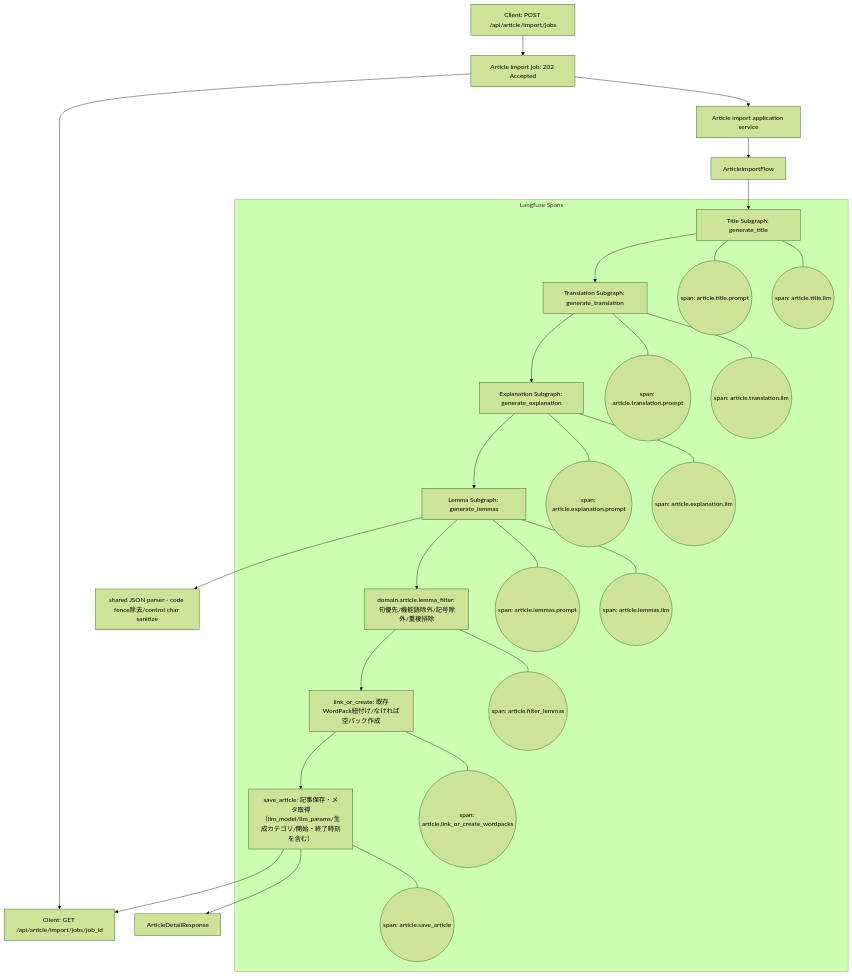
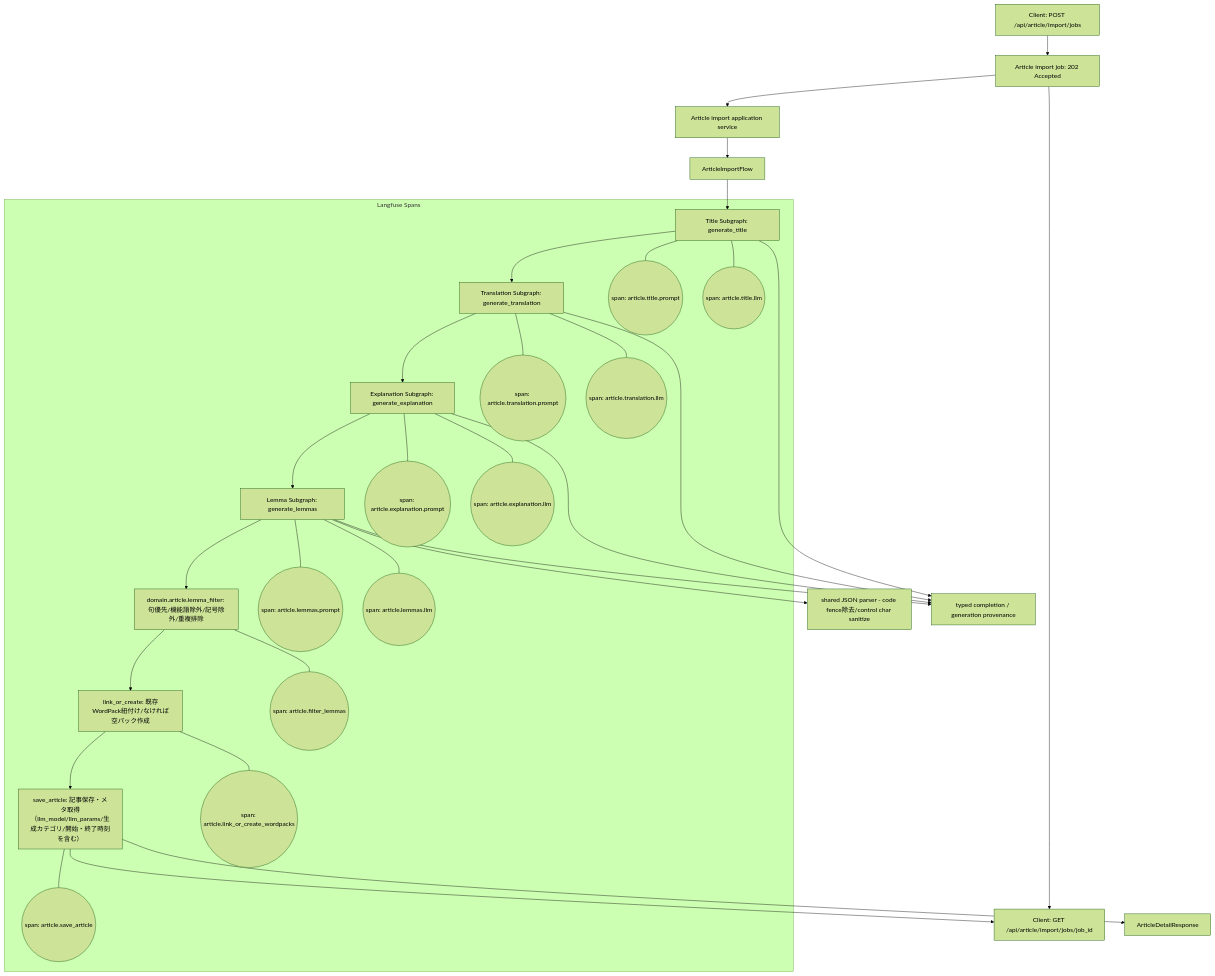
Before and after one commit to stillshore-chirp/wordpack-for-english: the second of 2 diagrams in docs/flows.md, drawn with Mermaid (forest theme). The commit also changed other lines of this file and 13 other files, not shown here.

````diff
--- a/docs/flows.md
+++ b/docs/flows.md
@@ -24,31 +27,35 @@
 ```mermaid
 graph TD
     A[Client: POST /api/article/import/jobs] --> J[Article import job: 202 Accepted];
     J --> P[Client: GET /api/article/import/jobs/job_id];
     J --> U[Article import application service];
     U --> B[ArticleImportFlow];
     B --> T[Title Subgraph: generate_title];
     T --> TR[Translation Subgraph: generate_translation];
     TR --> EX[Explanation Subgraph: generate_explanation];
     EX --> LM[Lemma Subgraph: generate_lemmas];
     LM --> JP["shared JSON parser - code fence除去/control char sanitize"];
     LM --> FL["domain.article.lemma_filter: 句優先/機能語除外/記号除外/重複排除"];
     FL --> LC[link_or_create: 既存WordPack紐付け/なければ空パック作成];
     LC --> SA[save_article: 記事保存・メタ取得（llm_model/llm_params/生成カテゴリ/開始・終了時刻を含む）];
     SA --> P;
     SA --> R[ArticleDetailResponse];
+    T --> PV["typed completion / generation provenance"];
+    TR --> PV;
+    EX --> PV;
+    LM --> PV;
 
     subgraph Langfuse Spans
         T --- T1((span: article.title.prompt))
         T --- T2((span: article.title.llm))
         TR --- TR1((span: article.translation.prompt))
         TR --- TR2((span: article.translation.llm))
         EX --- EX1((span: article.explanation.prompt))
         EX --- EX2((span: article.explanation.llm))
         LM --- LM1((span: article.lemmas.prompt))
         LM --- LM2((span: article.lemmas.llm))
         FL --- FL1((span: article.filter_lemmas))
         LC --- LC1((span: article.link_or_create_wordpacks))
         SA --- SA1((span: article.save_article))
     end
 ```
````
